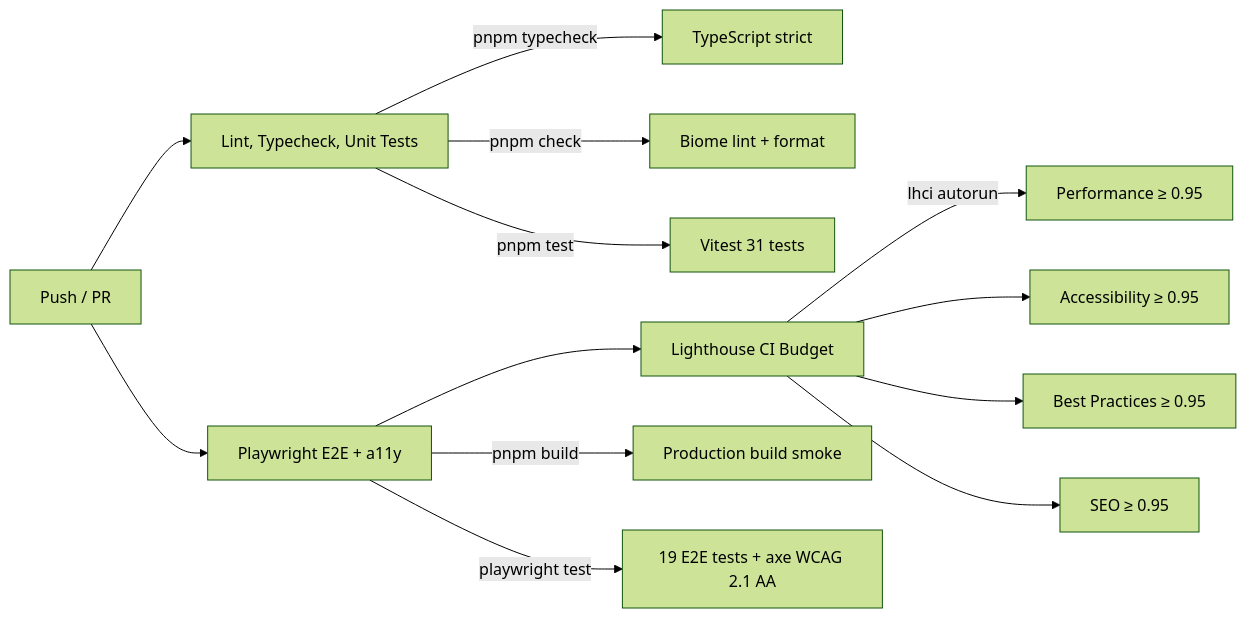
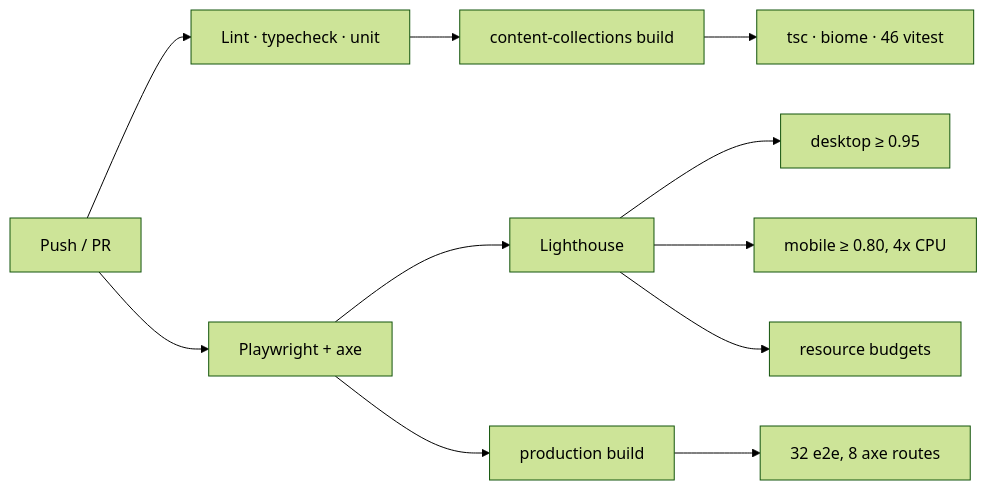
The diagram in README.md (FryFr/Portfolio-juan-silva), drawn with Mermaid (forest theme) before and after one commit. The commit also changed other lines of this file and 1 other file, not shown here.

````diff
--- a/README.md
+++ b/README.md
@@ -240,18 +174,13 @@
 ```mermaid
 graph LR
-    A[Push / PR] --> B[Lint, Typecheck, Unit Tests]
-    A --> C[Playwright E2E + a11y]
-    C --> D[Lighthouse CI Budget]
-
-    B --> |pnpm typecheck| B1[TypeScript strict]
-    B --> |pnpm check| B2[Biome lint + format]
-    B --> |pnpm test| B3[Vitest 31 tests]
-
-    C --> |pnpm build| C1[Production build smoke]
-    C --> |playwright test| C2[19 E2E tests + axe WCAG 2.1 AA]
-
-    D --> |lhci autorun| D1[Performance ≥ 0.95]
-    D --> D2[Accessibility ≥ 0.95]
-    D --> D3[Best Practices ≥ 0.95]
-    D --> D4[SEO ≥ 0.95]
+    A[Push / PR] --> B[Lint · typecheck · unit]
+    A --> C[Playwright + axe]
+    C --> D[Lighthouse]
+    B --> B1[content-collections build]
+    B1 --> B2[tsc · biome · 46 vitest]
+    C --> C1[production build]
+    C1 --> C2[32 e2e, 8 axe routes]
+    D --> D1[desktop ≥ 0.95]
+    D --> D2[mobile ≥ 0.80, 4x CPU]
+    D --> D3[resource budgets]
 ```
````
